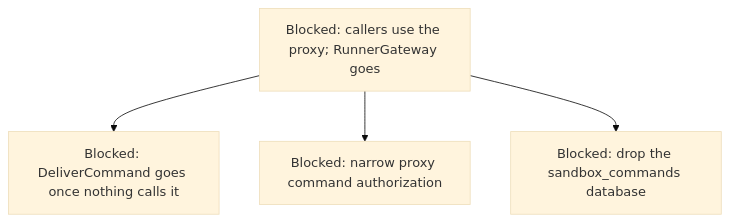
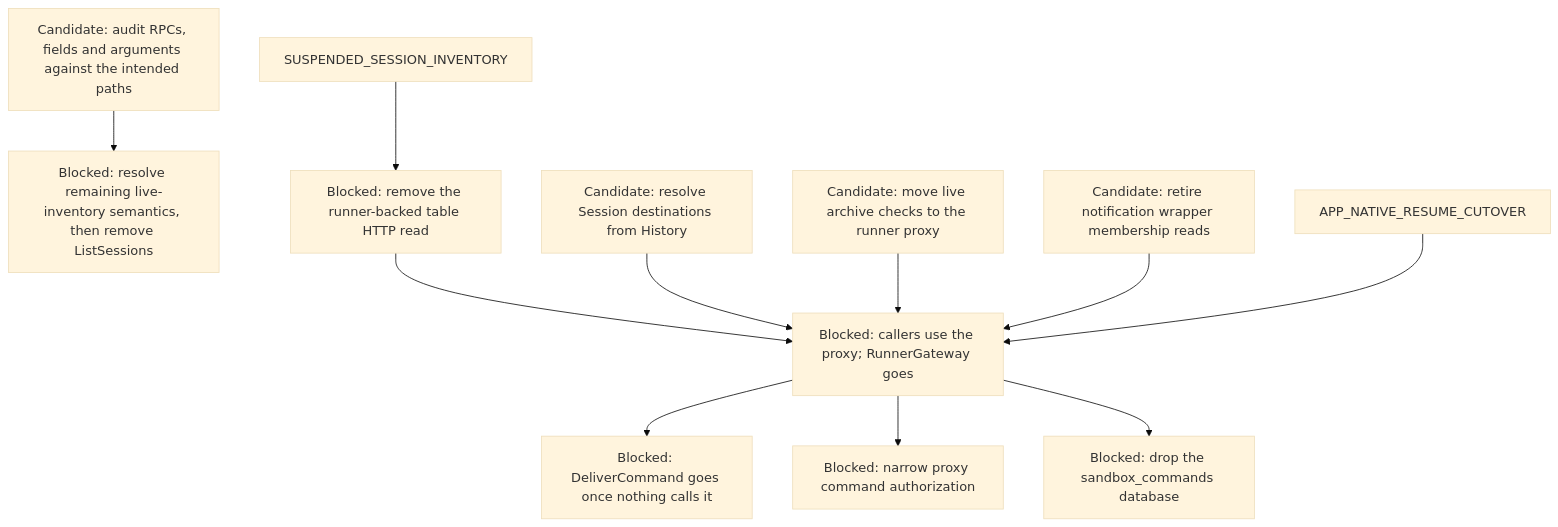
One commit to agentydragon-agent/ducktape changed diagram 15 of 15 in agentplane/plans/task_dag.md. Above: the diagram before and after it, drawn with Mermaid (base theme). The commit also changed other lines of this file and 2 other files, not shown here.

````diff
--- a/agentplane/plans/task_dag.md
+++ b/agentplane/plans/task_dag.md
@@ -1113,10 +1104,18 @@
 ```mermaid
 flowchart TD
     RUNNER_COMMAND_RPCS[Blocked: DeliverCommand goes once nothing calls it]
+    CONTROL_SURFACE_RETIREMENT_AUDIT[Candidate: audit RPCs, fields and arguments against the intended paths]
+    CONTROL_SURFACE_RETIREMENT_AUDIT --> RUNNER_LIST_SESSIONS_RETIRE[Blocked: resolve remaining live-inventory semantics, then remove ListSessions]
     GATEWAY_WRAPPER_RETIRE --> RUNNER_COMMAND_RPCS
     GATEWAY_WRAPPER_RETIRE[Blocked: callers use the proxy; RunnerGateway goes]
+    SUSPENDED_SESSION_INVENTORY --> APP_SESSION_LIST_ROUTE_RETIRE[Blocked: remove the runner-backed table HTTP read]
+    APP_SESSION_LIST_ROUTE_RETIRE --> GATEWAY_WRAPPER_RETIRE
+    APP_SESSION_DESTINATION_HISTORY[Candidate: resolve Session destinations from History] --> GATEWAY_WRAPPER_RETIRE
+    APP_ARCHIVE_RUNNER_READ_MIGRATION[Candidate: move live archive checks to the runner proxy] --> GATEWAY_WRAPPER_RETIRE
+    NOTIFICATION_SESSION_MEMBERSHIP_MIGRATION[Candidate: retire notification wrapper membership reads] --> GATEWAY_WRAPPER_RETIRE
+    APP_NATIVE_RESUME_CUTOVER --> GATEWAY_WRAPPER_RETIRE
     GATEWAY_DATABASE_DROP[Blocked: drop the sandbox_commands database]
     PROXY_START_METHODS_DISPATCHER_ONLY[Blocked: narrow proxy command authorization]
     GATEWAY_WRAPPER_RETIRE --> PROXY_START_METHODS_DISPATCHER_ONLY
     GATEWAY_WRAPPER_RETIRE --> GATEWAY_DATABASE_DROP
 ```
````
